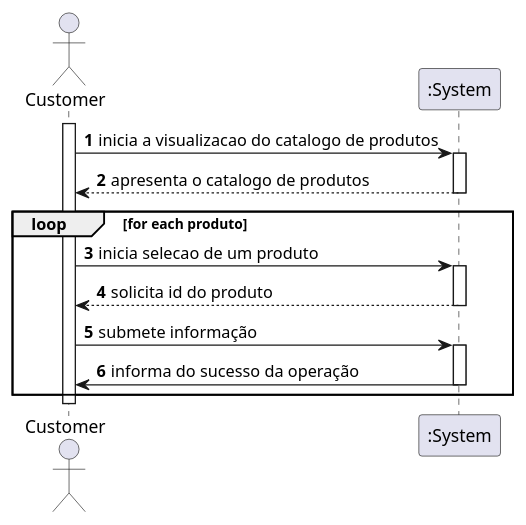
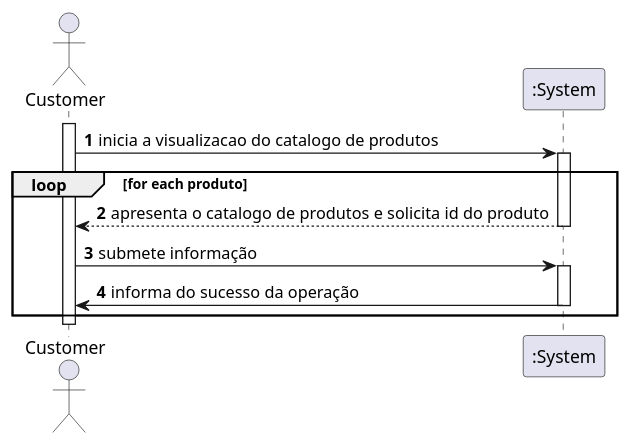
One commit to 1190772/LAB-Project-4 changed the diagram in Documentação/1190679/US1501/1501_SSD.puml. Above: the diagram before and after it, drawn with PlantUML. The commit also changed 5 other files, not shown here.

```diff
--- a/Documentação/1190679/US1501/1501_SSD.puml
+++ b/Documentação/1190679/US1501/1501_SSD.puml
@@ -1,22 +1,18 @@
 @startuml
 autonumber
 actor "Customer" as C
 
 activate C
 C -> ":System" : inicia a visualizacao do catalogo de produtos
 activate ":System"
-":System" --> C : apresenta o catalogo de produtos
-deactivate ":System"
 loop for each produto
-C -> ":System" : inicia selecao de um produto
-activate ":System"
-":System" --> C : solicita id do produto
+":System" --> C : apresenta o catalogo de produtos e solicita id do produto
 deactivate ":System"
 C -> ":System" : submete informação
 activate ":System"
 ":System" -> C : informa do sucesso da operação
 deactivate ":System"
 end
 deactivate C
 
 @enduml
```
